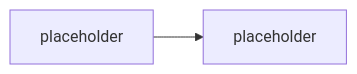
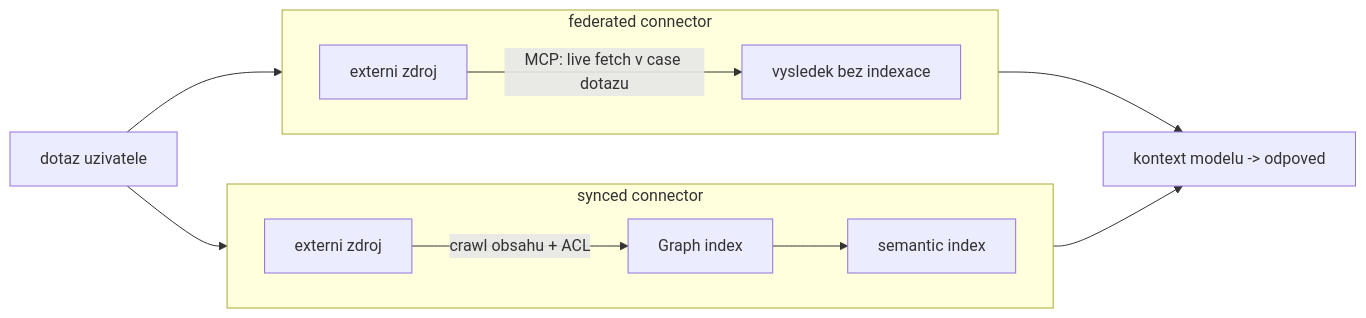
The diagram in day-2/knowledge-grounding/README.md (MalasekPetr/gopas-spo_copilot), drawn with Mermaid before and after one commit. The commit also changed other lines of this file and 61 other files, not shown here.

````diff
--- a/day-2/knowledge-grounding/README.md
+++ b/day-2/knowledge-grounding/README.md
@@ -21,5 +33,16 @@
 ```mermaid
-%% TODO: diagram -- synced (crawl -> Graph index -> semantic index) vs federated (MCP -> live fetch)
 flowchart LR
-  A[placeholder] --> B[placeholder]
+  subgraph SY[synced connector]
+    direction LR
+    S1[externi zdroj] -->|crawl obsahu + ACL| GI[Graph index]
+    GI --> SI[semantic index]
+  end
+  subgraph FE[federated connector]
+    direction LR
+    S2[externi zdroj] -->|MCP: live fetch v case dotazu| LF[vysledek bez indexace]
+  end
+  Q[dotaz uzivatele] --> SI
+  Q --> S2
+  SI --> ANS[kontext modelu -> odpoved]
+  LF --> ANS
 ```
````
